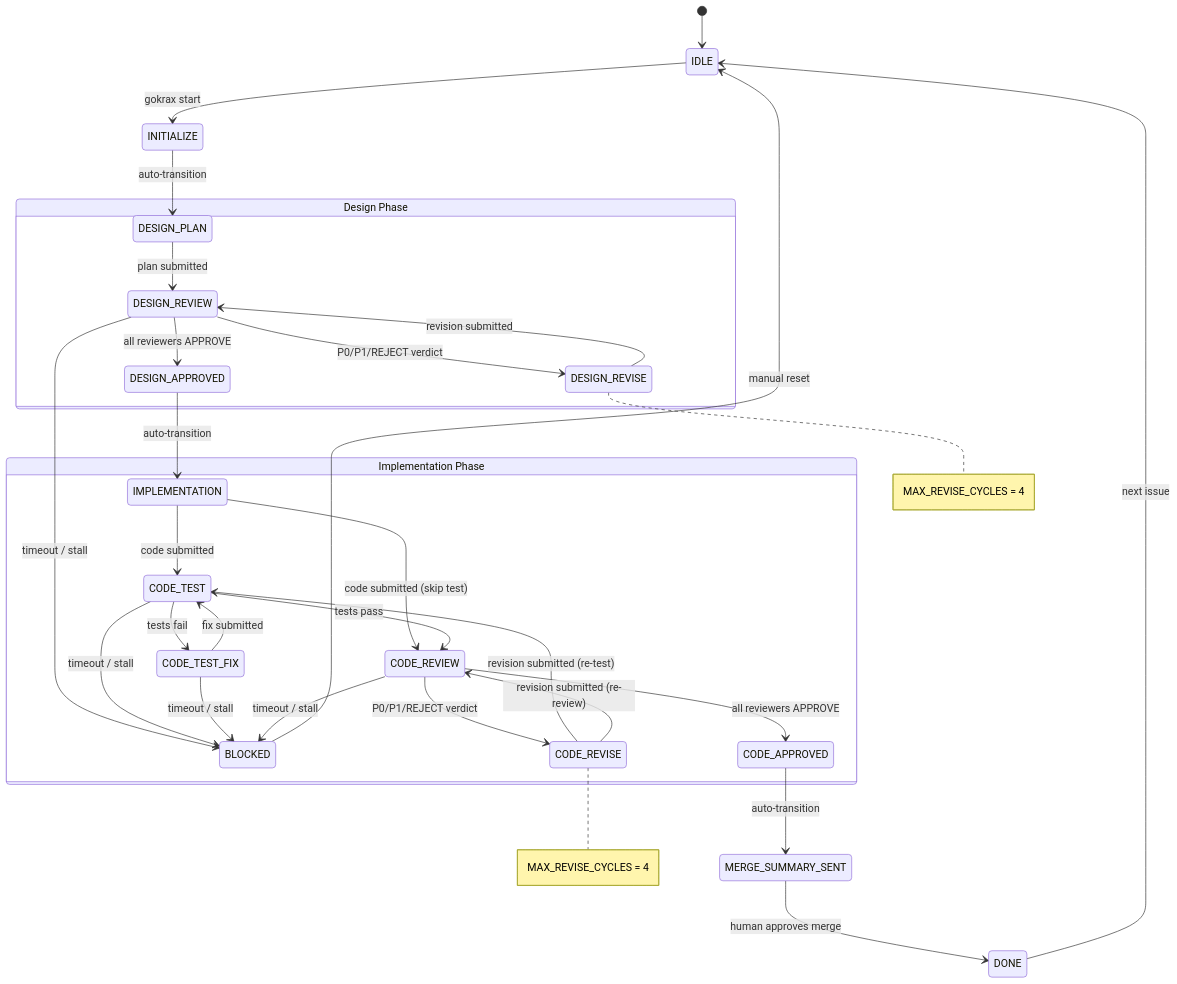
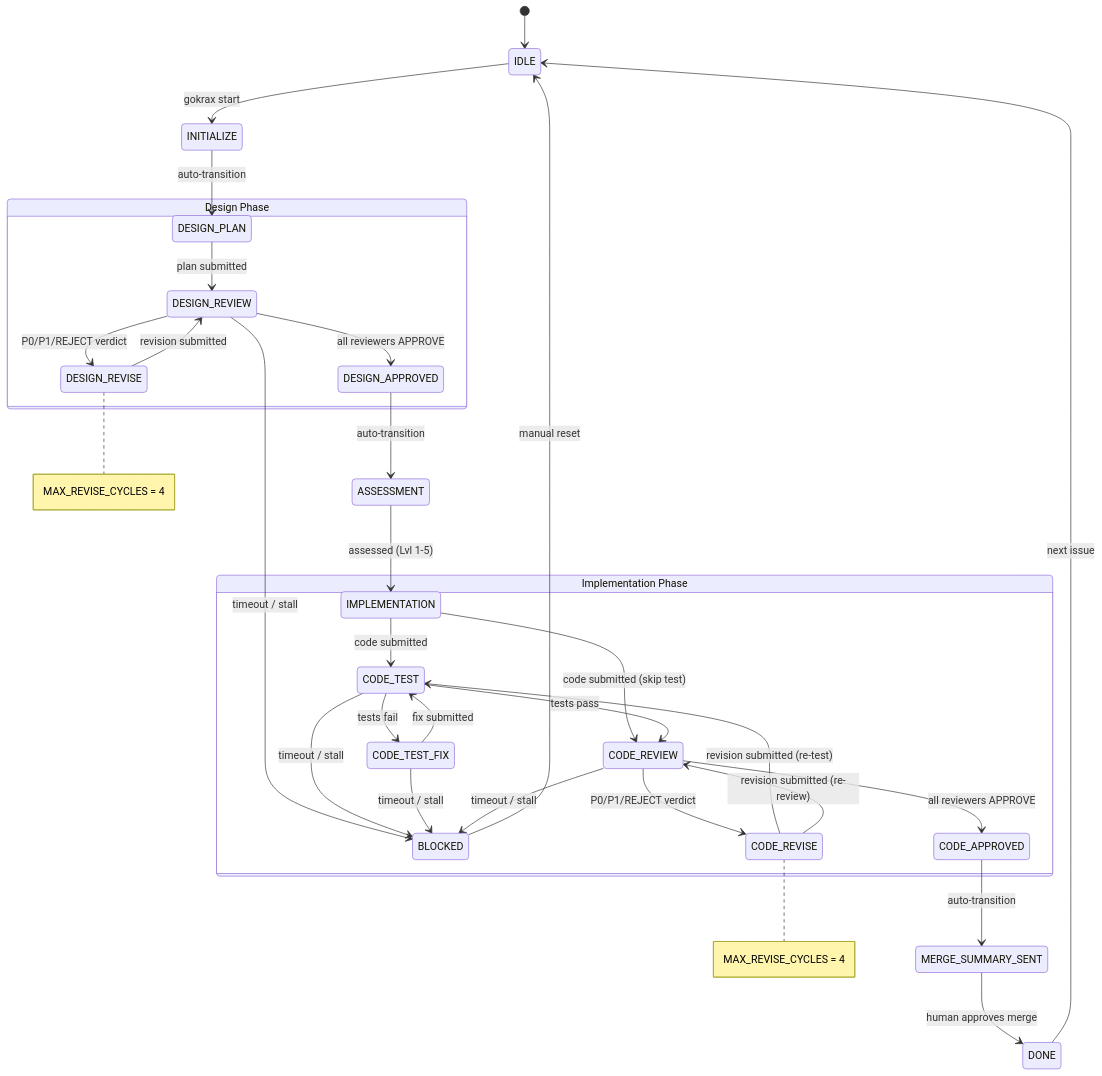
The second of 6 diagrams in docs/architecture.md (atakalive/gokrax), drawn with Mermaid before and after one commit. The commit also changed other lines of this file and 11 other files, not shown here.

````diff
--- a/docs/architecture.md
+++ b/docs/architecture.md
@@ -58,42 +58,43 @@
 ```mermaid
 stateDiagram-v2
     [*] --> IDLE
 
     IDLE --> INITIALIZE : gokrax start
 
     INITIALIZE --> DESIGN_PLAN : auto-transition
 
     state "Design Phase" as design {
         DESIGN_PLAN --> DESIGN_REVIEW : plan submitted
         DESIGN_REVIEW --> DESIGN_APPROVED : all reviewers APPROVE
         DESIGN_REVIEW --> DESIGN_REVISE : P0/P1/REJECT verdict
         DESIGN_REVISE --> DESIGN_REVIEW : revision submitted
         DESIGN_REVIEW --> BLOCKED : timeout / stall
     }
 
     state "Implementation Phase" as impl {
         IMPLEMENTATION --> CODE_TEST : code submitted
         IMPLEMENTATION --> CODE_REVIEW : code submitted (skip test)
         CODE_TEST --> CODE_REVIEW : tests pass
         CODE_TEST --> CODE_TEST_FIX : tests fail
         CODE_TEST --> BLOCKED : timeout / stall
         CODE_TEST_FIX --> CODE_TEST : fix submitted
         CODE_TEST_FIX --> BLOCKED : timeout / stall
         CODE_REVIEW --> CODE_APPROVED : all reviewers APPROVE
         CODE_REVIEW --> CODE_REVISE : P0/P1/REJECT verdict
         CODE_REVISE --> CODE_TEST : revision submitted (re-test)
         CODE_REVISE --> CODE_REVIEW : revision submitted (re-review)
         CODE_REVIEW --> BLOCKED : timeout / stall
     }
 
-    DESIGN_APPROVED --> IMPLEMENTATION : auto-transition
+    DESIGN_APPROVED --> ASSESSMENT : auto-transition
+    ASSESSMENT --> IMPLEMENTATION : assessed (Lvl 1-5)
 
     CODE_APPROVED --> MERGE_SUMMARY_SENT : auto-transition
     MERGE_SUMMARY_SENT --> DONE : human approves merge
 
     DONE --> IDLE : next issue
     BLOCKED --> IDLE : manual reset
 
     note right of DESIGN_REVISE : MAX_REVISE_CYCLES = 4
     note right of CODE_REVISE : MAX_REVISE_CYCLES = 4
 ```
````
